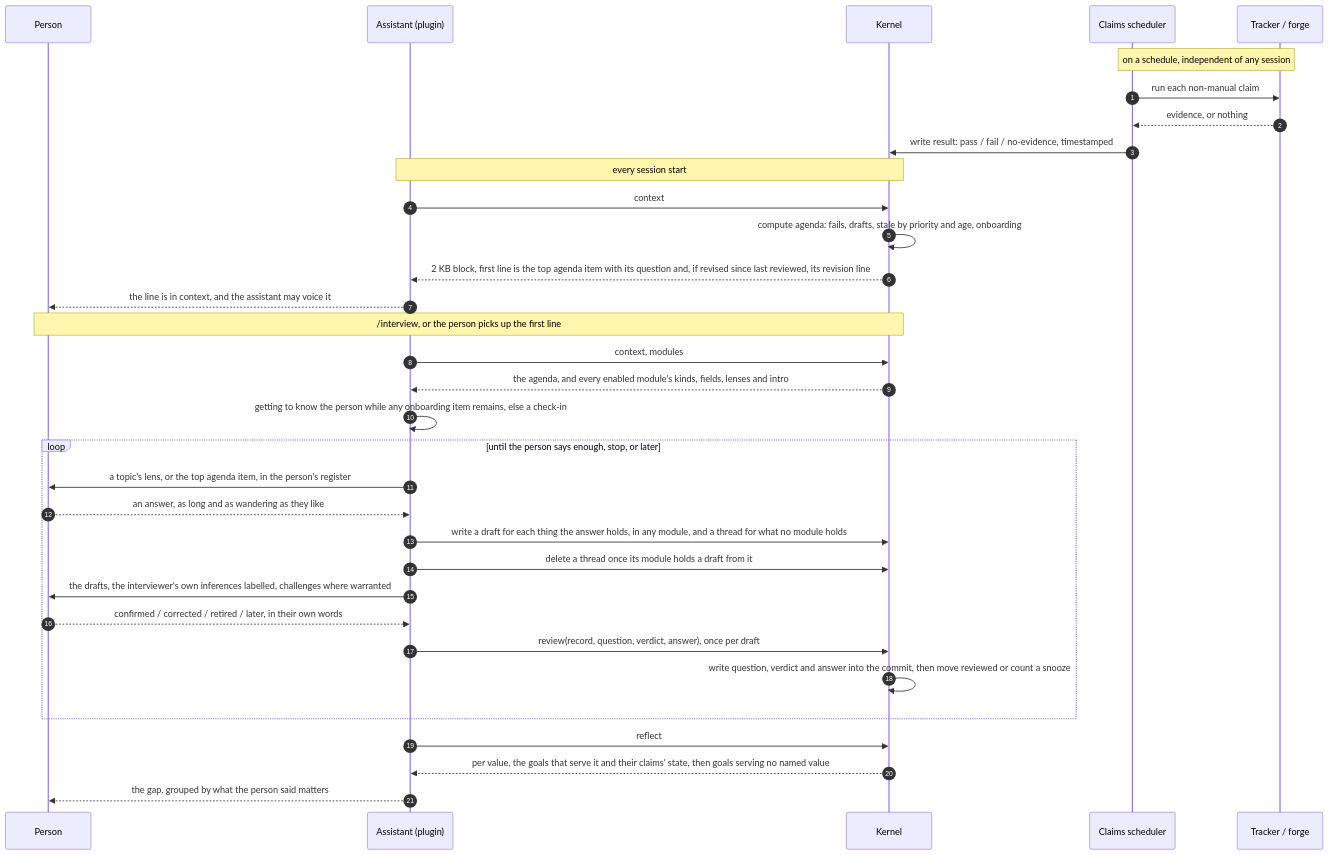
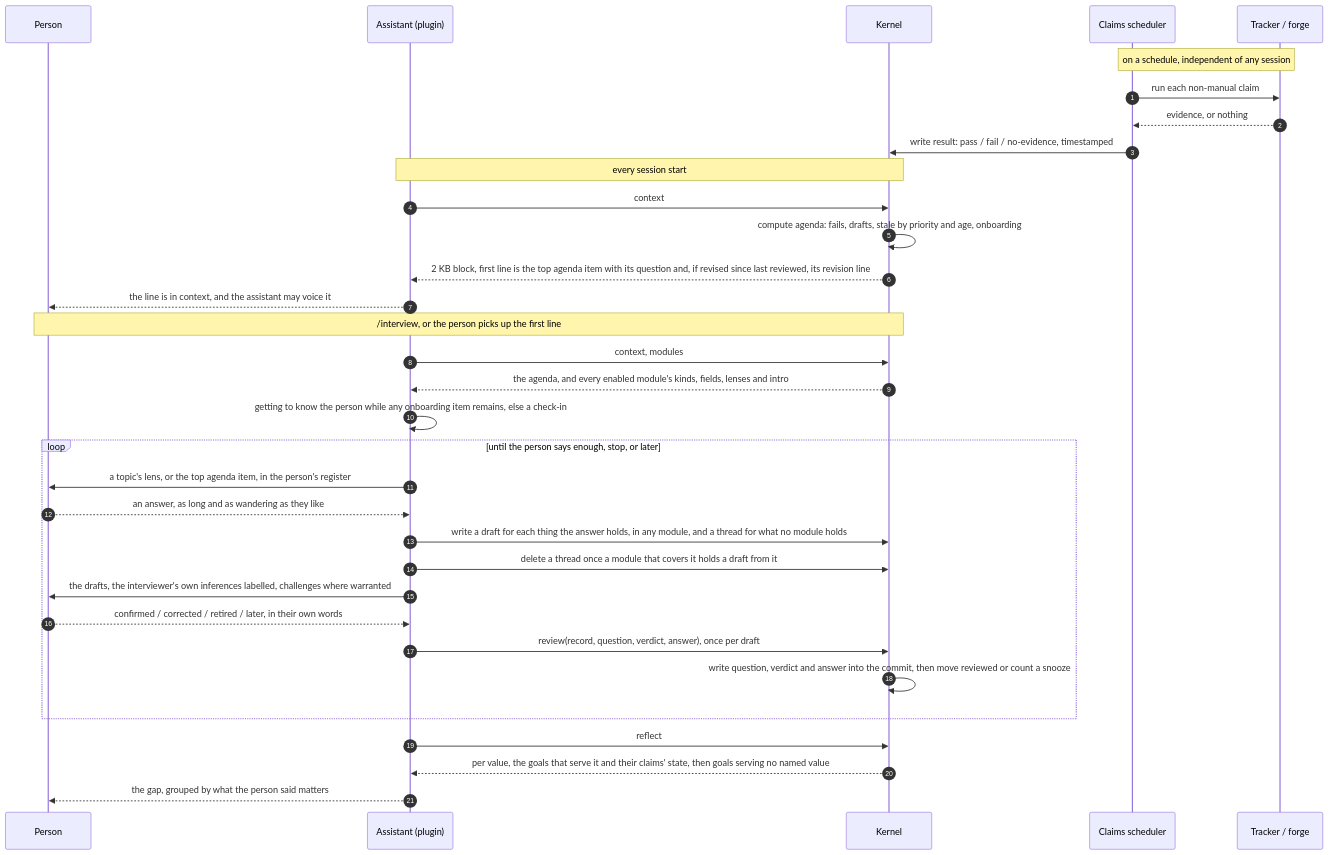
One commit to allanschon/brabeus changed the fourth of 4 diagrams in docs/personal-context-system-c4.md. Above: the diagram before and after it, drawn with Mermaid. The commit also changed 6 other files, not shown here.

````diff
--- a/docs/personal-context-system-c4.md
+++ b/docs/personal-context-system-c4.md
@@ -200,39 +200,39 @@
 ```mermaid
 sequenceDiagram
     autonumber
     participant P as Person
     participant A as Assistant (plugin)
     participant K as Kernel
     participant S as Claims scheduler
     participant T as Tracker / forge
 
     Note over S,T: on a schedule, independent of any session
     S->>T: run each non-manual claim
     T-->>S: evidence, or nothing
     S->>K: write result: pass / fail / no-evidence, timestamped
 
     Note over A,K: every session start
     A->>K: context
     K->>K: compute agenda: fails, drafts, stale by priority and age, onboarding
     K-->>A: 2 KB block, first line is the top agenda item with its question and, if revised since last reviewed, its revision line
     A-->>P: the line is in context, and the assistant may voice it
 
     Note over P,K: /interview, or the person picks up the first line
     A->>K: context, modules
     K-->>A: the agenda, and every enabled module's kinds, fields, lenses and intro
     A->>A: getting to know the person while any onboarding item remains, else a check-in
     loop until the person says enough, stop, or later
         A->>P: a topic's lens, or the top agenda item, in the person's register
         P-->>A: an answer, as long and as wandering as they like
         A->>K: write a draft for each thing the answer holds, in any module, and a thread for what no module holds
-        A->>K: delete a thread once its module holds a draft from it
+        A->>K: delete a thread once a module that covers it holds a draft from it
         A->>P: the drafts, the interviewer's own inferences labelled, challenges where warranted
         P-->>A: confirmed / corrected / retired / later, in their own words
         A->>K: review(record, question, verdict, answer), once per draft
         K->>K: write question, verdict and answer into the commit, then move reviewed or count a snooze
     end
 
     A->>K: reflect
     K-->>A: per value, the goals that serve it and their claims' state, then goals serving no named value
     A-->>P: the gap, grouped by what the person said matters
 ```
````
